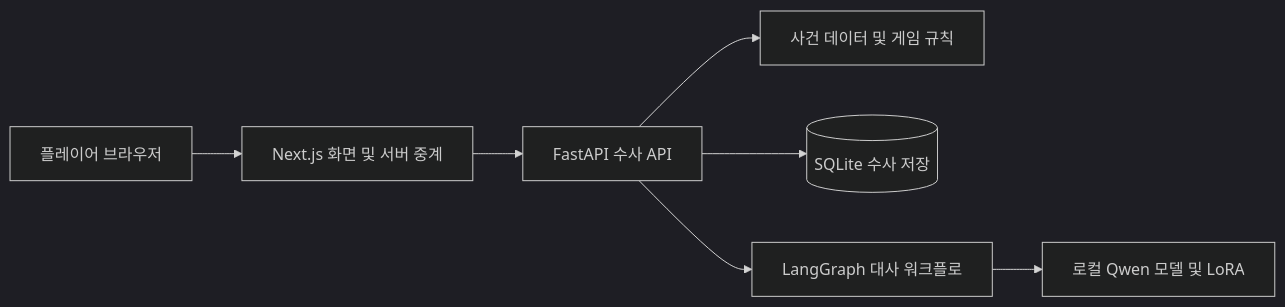
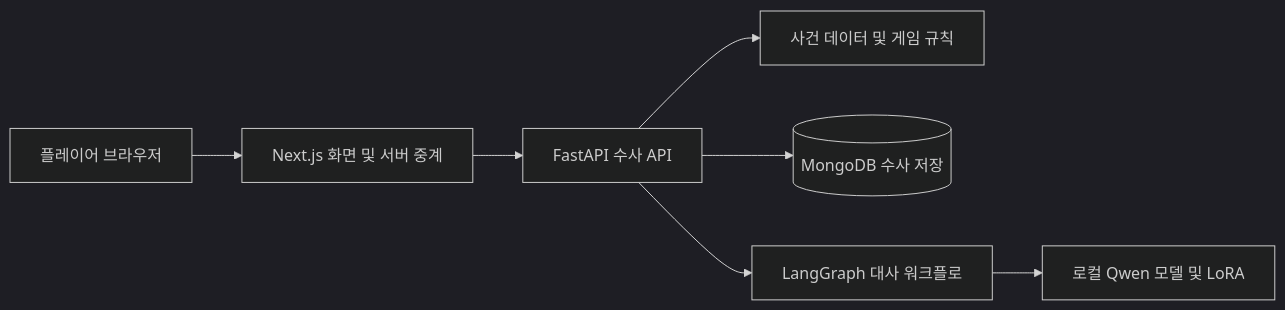
One commit to ClickClackDetectives/click_detective changed the diagram in README.md. Above: the diagram before and after it, drawn with Mermaid (dark theme). The commit also changed other lines of this file and 144 other files, not shown here.

````diff
--- a/README.md
+++ b/README.md
@@ -46,9 +46,9 @@
 ```mermaid
 flowchart LR
     Player[플레이어 브라우저] --> Web[Next.js 화면 및 서버 중계]
     Web --> API[FastAPI 수사 API]
     API --> Rules[사건 데이터 및 게임 규칙]
-    API --> DB[(SQLite 수사 저장)]
+    API --> DB[(MongoDB 수사 저장)]
     API --> Graph[LangGraph 대사 워크플로]
     Graph --> Model[로컬 Qwen 모델 및 LoRA]
 ```
````
